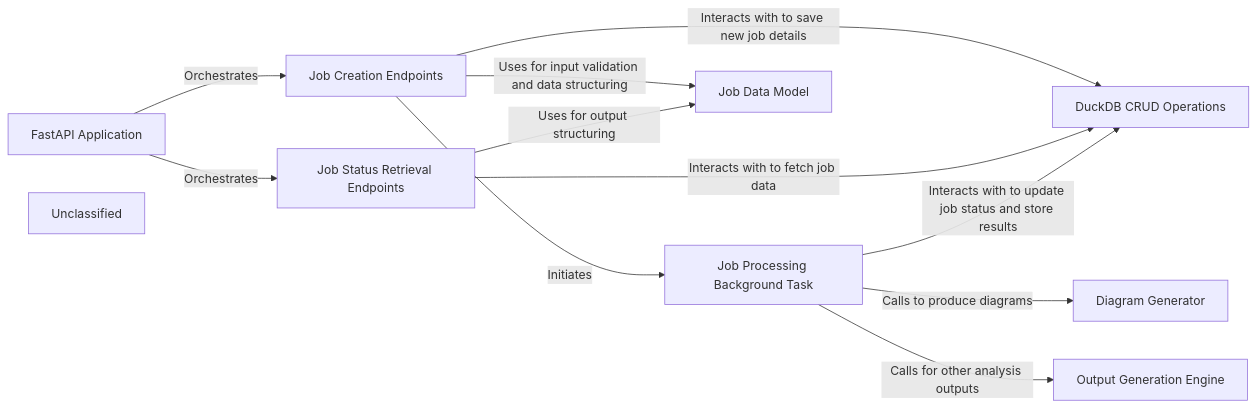
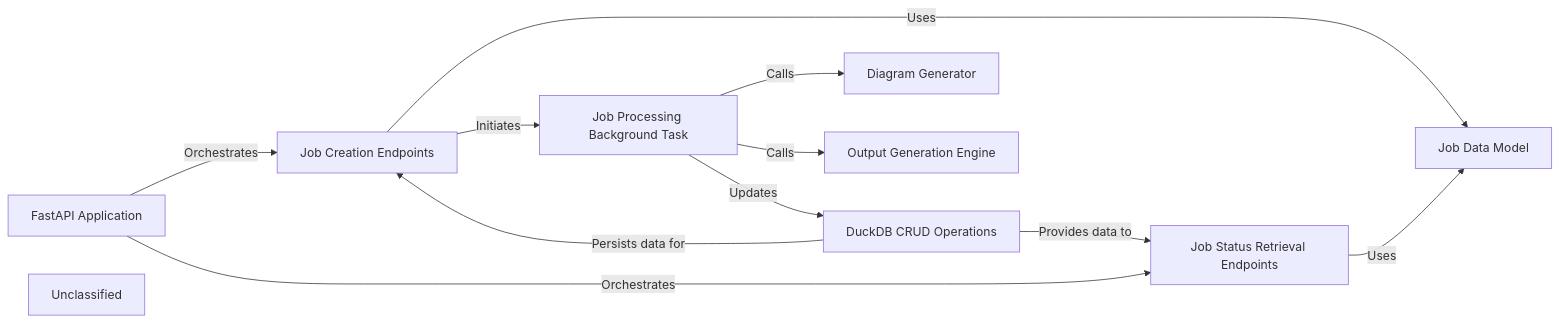
Before and after one commit to mariyam866/CodeBoarding: the diagram in .codeboarding/API_Service.md, drawn with Mermaid. The commit also changed other lines of this file and 15 other files, not shown here.

First line of the commit message:
docs: update codeboarding documentation and generate architecture

````diff
--- a/.codeboarding/API_Service.md
+++ b/.codeboarding/API_Service.md
@@ -1,23 +1,23 @@
 ```mermaid
 graph LR
     FastAPI_Application["FastAPI Application"]
     Job_Creation_Endpoints["Job Creation Endpoints"]
     Job_Status_Retrieval_Endpoints["Job Status Retrieval Endpoints"]
     Job_Processing_Background_Task["Job Processing Background Task"]
     Job_Data_Model["Job Data Model"]
     DuckDB_CRUD_Operations["DuckDB CRUD Operations"]
     Diagram_Generator["Diagram Generator"]
     Output_Generation_Engine["Output Generation Engine"]
     Unclassified["Unclassified"]
     FastAPI_Application -- "Orchestrates" --> Job_Creation_Endpoints
     FastAPI_Application -- "Orchestrates" --> Job_Status_Retrieval_Endpoints
-    Job_Creation_Endpoints -- "Interacts with to save new job details" --> DuckDB_CRUD_Operations
+    Job_Creation_Endpoints -- "Uses" --> Job_Data_Model
     Job_Creation_Endpoints -- "Initiates" --> Job_Processing_Background_Task
-    Job_Creation_Endpoints -- "Uses for input validation and data structuring" --> Job_Data_Model
-    Job_Status_Retrieval_Endpoints -- "Interacts with to fetch job data" --> DuckDB_CRUD_Operations
-    Job_Status_Retrieval_Endpoints -- "Uses for output structuring" --> Job_Data_Model
-    Job_Processing_Background_Task -- "Interacts with to update job status and store results" --> DuckDB_CRUD_Operations
-    Job_Processing_Background_Task -- "Calls to produce diagrams" --> Diagram_Generator
-    Job_Processing_Background_Task -- "Calls for other analysis outputs" --> Output_Generation_Engine
+    Job_Status_Retrieval_Endpoints -- "Uses" --> Job_Data_Model
+    Job_Processing_Background_Task -- "Calls" --> Diagram_Generator
+    Job_Processing_Background_Task -- "Calls" --> Output_Generation_Engine
+    DuckDB_CRUD_Operations -- "Persists data for" --> Job_Creation_Endpoints
+    DuckDB_CRUD_Operations -- "Provides data to" --> Job_Status_Retrieval_Endpoints
+    Job_Processing_Background_Task -- "Updates" --> DuckDB_CRUD_Operations
     click Output_Generation_Engine href "https://github.com/CodeBoarding/CodeBoarding/blob/main/.codeboarding/Output_Generation_Engine.md" "Details"
 ```
````
